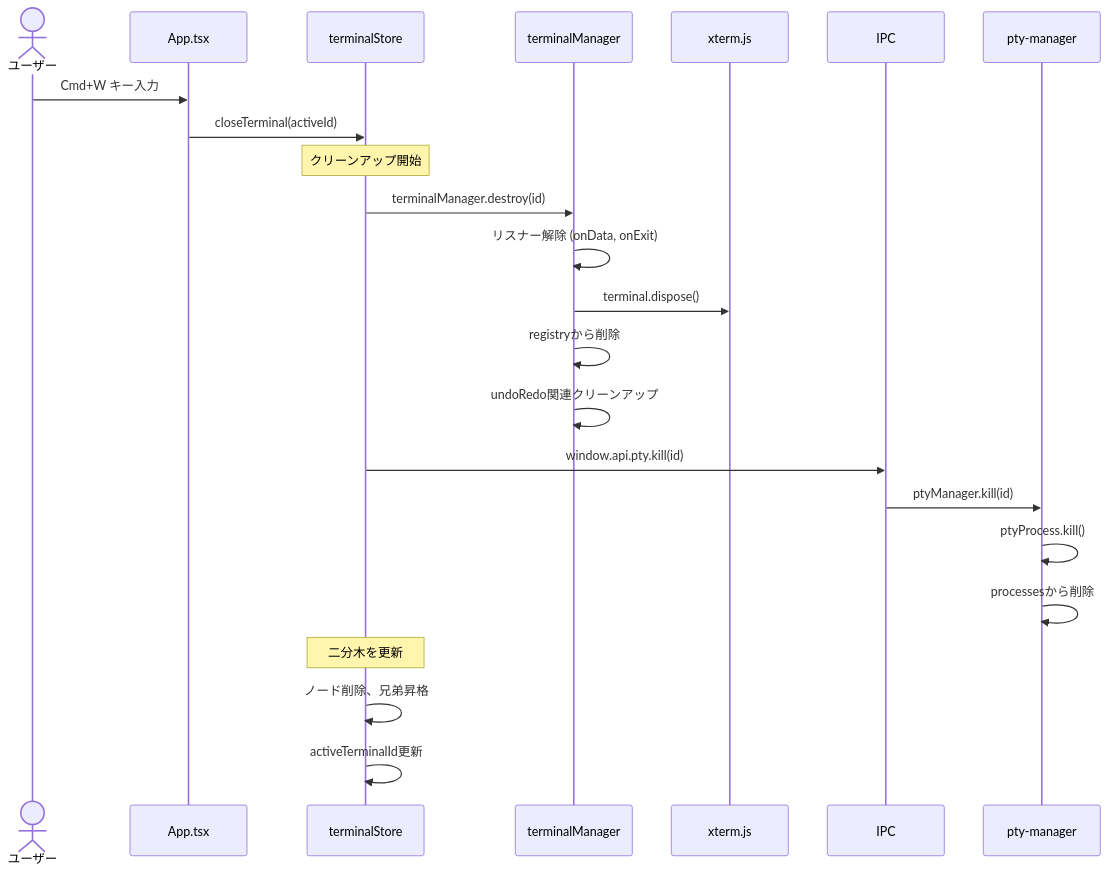
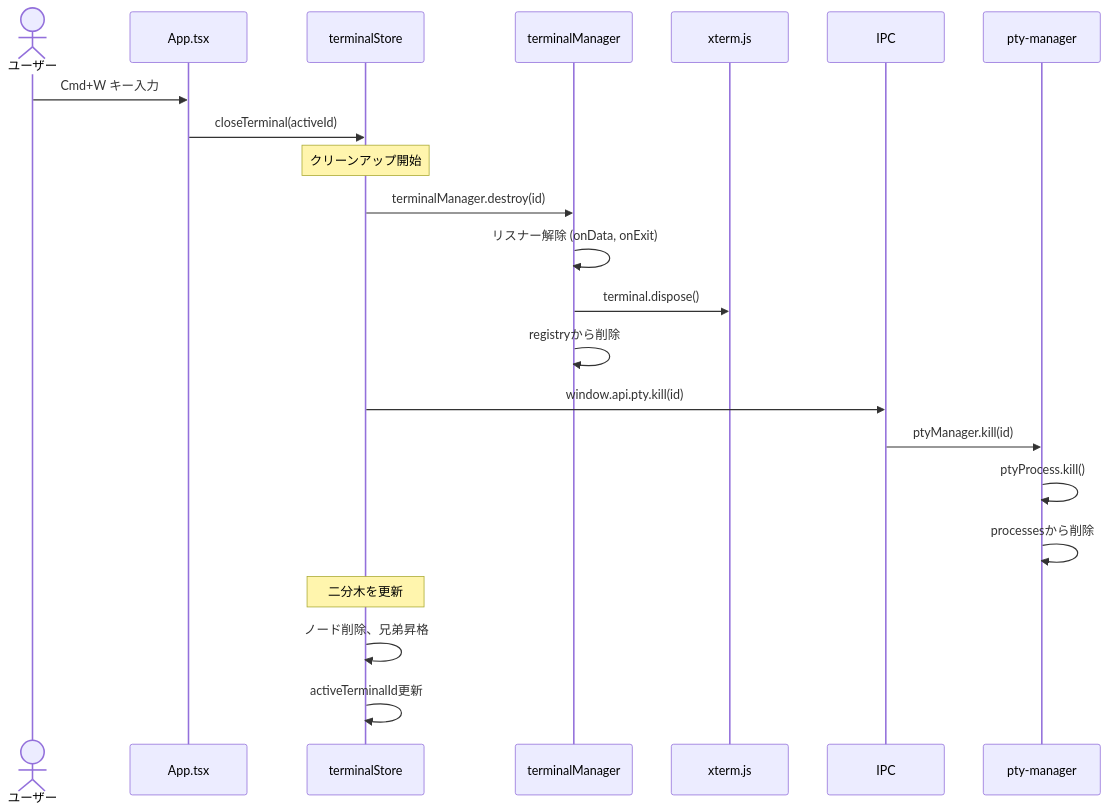
The fifth of 5 diagrams in .claude/docs/code-explanation/03-data-flow.md (sunbreak-pro/terminal-division), drawn with Mermaid before and after one commit. The commit also changed other lines of this file and 25 other files, not shown here.

````diff
--- a/.claude/docs/code-explanation/03-data-flow.md
+++ b/.claude/docs/code-explanation/03-data-flow.md
@@ -269,29 +271,28 @@
 ```mermaid
 sequenceDiagram
     actor User as ユーザー
     participant App as App.tsx
     participant Store as terminalStore
     participant TM as terminalManager
     participant XT as xterm.js
     participant IPC as IPC
     participant PTY as pty-manager
 
     User->>App: Cmd+W キー入力
     App->>Store: closeTerminal(activeId)
 
     Note over Store: クリーンアップ開始
     Store->>TM: terminalManager.destroy(id)
     TM->>TM: リスナー解除 (onData, onExit)
     TM->>XT: terminal.dispose()
     TM->>TM: registryから削除
-    TM->>TM: undoRedo関連クリーンアップ
 
     Store->>IPC: window.api.pty.kill(id)
     IPC->>PTY: ptyManager.kill(id)
     PTY->>PTY: ptyProcess.kill()
     PTY->>PTY: processesから削除
 
     Note over Store: 二分木を更新
     Store->>Store: ノード削除、兄弟昇格
     Store->>Store: activeTerminalId更新
 ```
````
